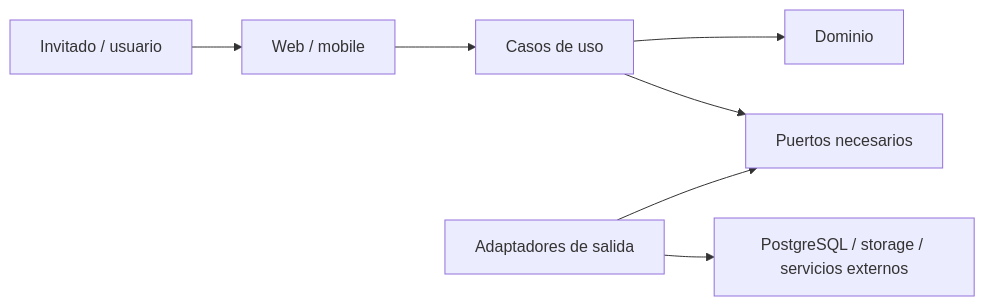
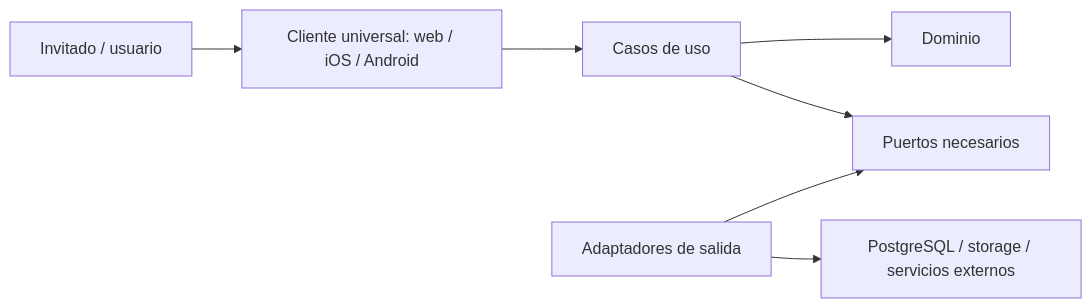
Before and after one commit to joseantoniogarciay/TournamentsManager: the diagram in ARCHITECTURE.md, drawn with Mermaid. The commit also changed other lines of this file and 12 other files, not shown here.

````diff
--- a/ARCHITECTURE.md
+++ b/ARCHITECTURE.md
@@ -37,9 +43,9 @@
 ```mermaid
 flowchart LR
-    Actor["Invitado / usuario"] --> Inbound["Web / mobile"]
+    Actor["Invitado / usuario"] --> Inbound["Cliente universal: web / iOS / Android"]
     Inbound --> App["Casos de uso"]
     App --> Domain["Dominio"]
     App --> Ports["Puertos necesarios"]
     Adapters["Adaptadores de salida"] --> Ports
     Adapters --> Infra["PostgreSQL / storage / servicios externos"]
 ```
````
